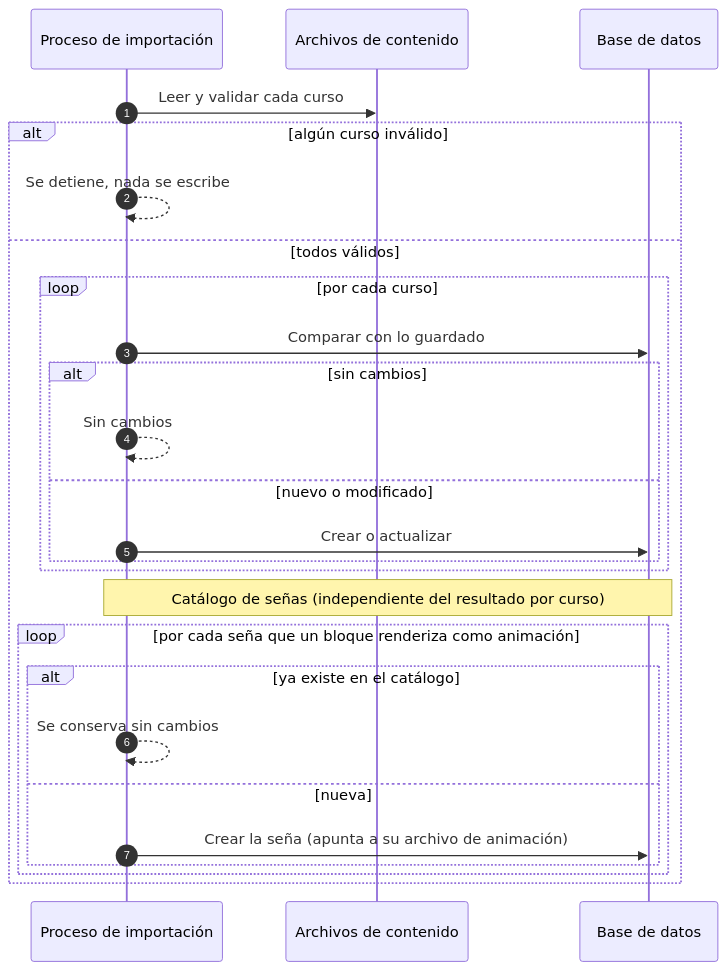
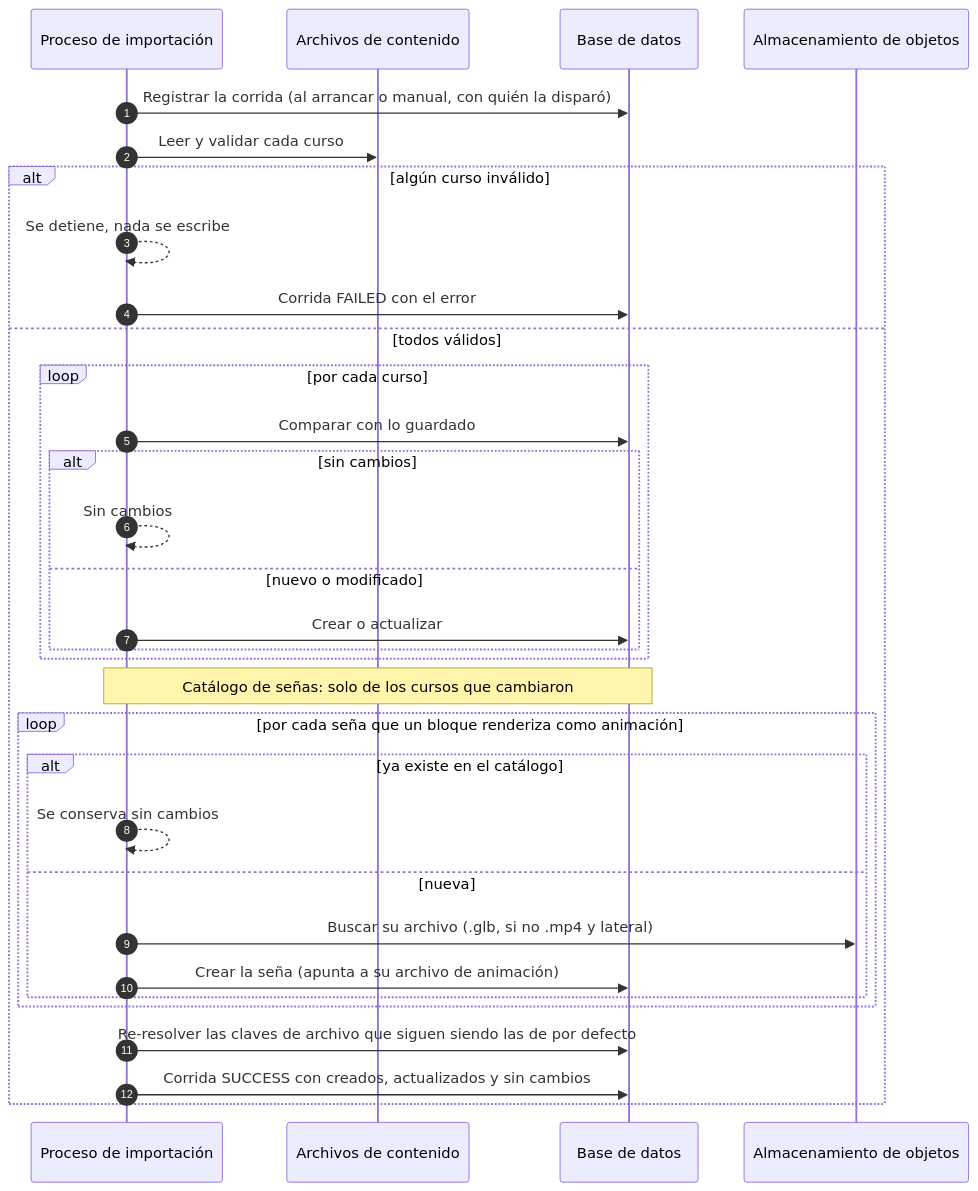
Before and after one commit to signasource/signa-api: diagram 28 of 32 in docs/diagrams/sequence.md, drawn with Mermaid. The commit also changed other lines of this file and 4 other files, not shown here.

First line of the commit message:
docs: sync CLAUDE.md, README and diagrams with the current code

````diff
--- a/docs/diagrams/sequence.md
+++ b/docs/diagrams/sequence.md
@@ -887,29 +933,36 @@
 ```mermaid
 sequenceDiagram
     autonumber
     participant P as Proceso de importación
     participant F as Archivos de contenido
     participant DB as Base de datos
+    participant OS as Almacenamiento de objetos
+
+    P->>DB: Registrar la corrida (al arrancar o manual, con quién la disparó)
 
     P->>F: Leer y validar cada curso
     alt algún curso inválido
         P-->>P: Se detiene, nada se escribe
+        P->>DB: Corrida FAILED con el error
     else todos válidos
         loop por cada curso
             P->>DB: Comparar con lo guardado
             alt sin cambios
                 P-->>P: Sin cambios
             else nuevo o modificado
                 P->>DB: Crear o actualizar
             end
         end
-        Note over P,DB: Catálogo de señas (independiente del resultado por curso)
+        Note over P,DB: Catálogo de señas: solo de los cursos que cambiaron
         loop por cada seña que un bloque renderiza como animación
             alt ya existe en el catálogo
                 P-->>P: Se conserva sin cambios
             else nueva
+                P->>OS: Buscar su archivo (.glb, si no .mp4 y lateral)
                 P->>DB: Crear la seña (apunta a su archivo de animación)
             end
         end
+        P->>DB: Re-resolver las claves de archivo que siguen siendo las de por defecto
+        P->>DB: Corrida SUCCESS con creados, actualizados y sin cambios
     end
 ```
````
